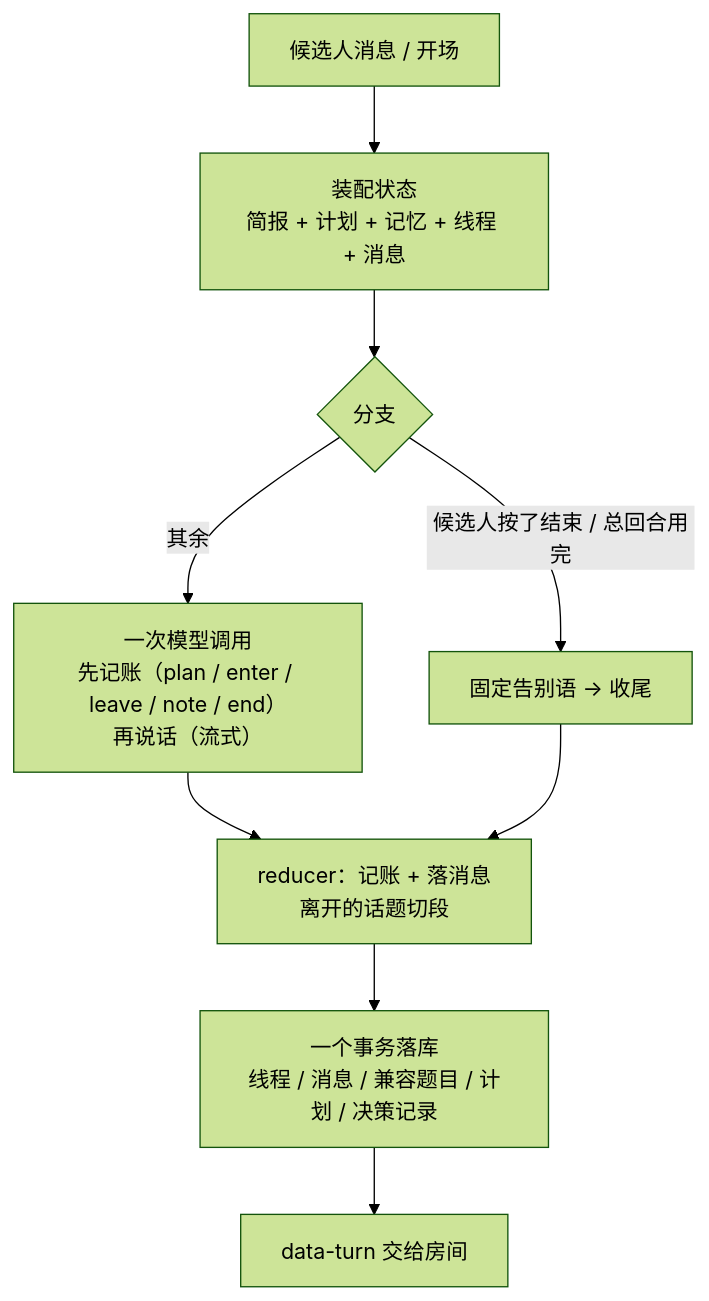
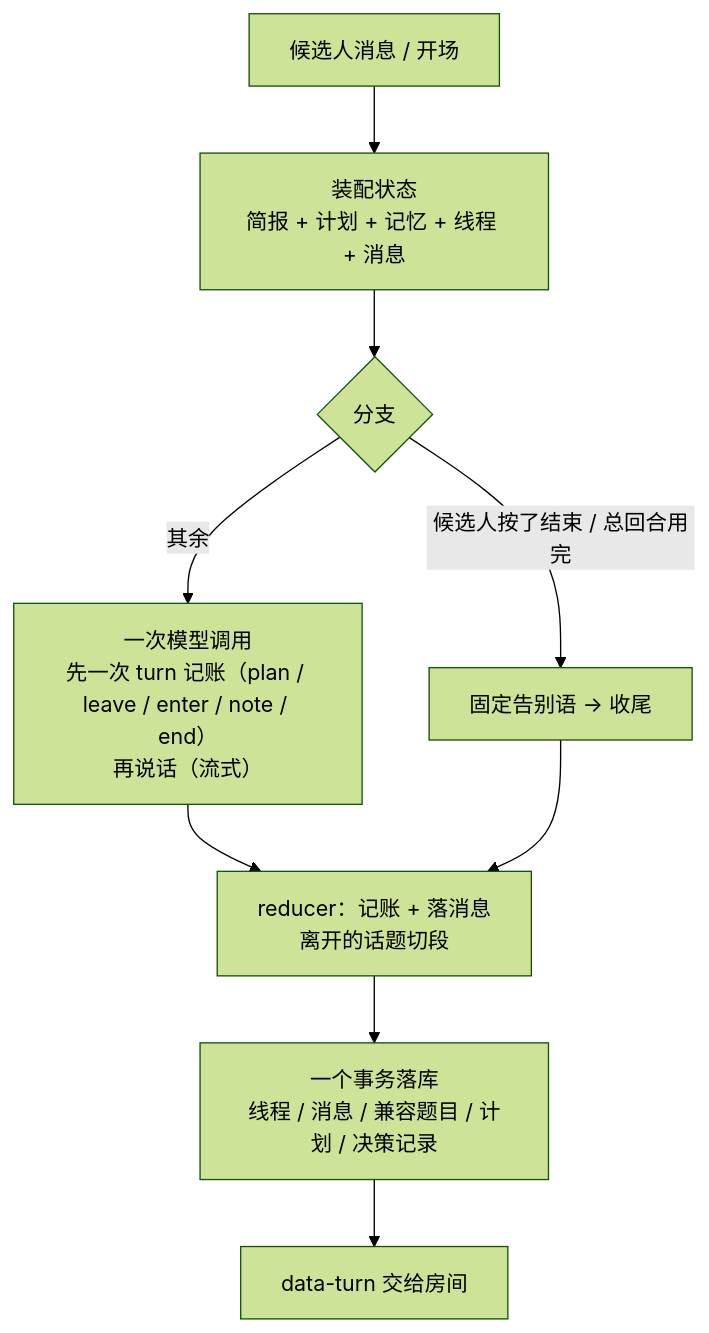
One commit to yuecao365/OfferCome changed the diagram in docs/interview-flow-during.md. Above: the diagram before and after it, drawn with Mermaid (forest theme). The commit also changed other lines of this file and 20 other files, not shown here.

````diff
--- a/docs/interview-flow-during.md
+++ b/docs/interview-flow-during.md
@@ -9,11 +9,11 @@
 ```mermaid
 flowchart TD
   M[候选人消息 / 开场] --> L[装配状态<br/>简报 + 计划 + 记忆 + 线程 + 消息]
   L --> P{分支}
   P -- 候选人按了结束 / 总回合用完 --> F[固定告别语 → 收尾]
-  P -- 其余 --> A[一次模型调用<br/>先记账（plan / enter / leave / note / end）<br/>再说话（流式）]
+  P -- 其余 --> A[一次模型调用<br/>先一次 turn 记账（plan / leave / enter / note / end）<br/>再说话（流式）]
   A --> R[reducer：记账 + 落消息<br/>离开的话题切段]
   F --> R
   R --> S[一个事务落库<br/>线程 / 消息 / 兼容题目 / 计划 / 决策记录]
   S --> UI[data-turn 交给房间]
 ```
````
